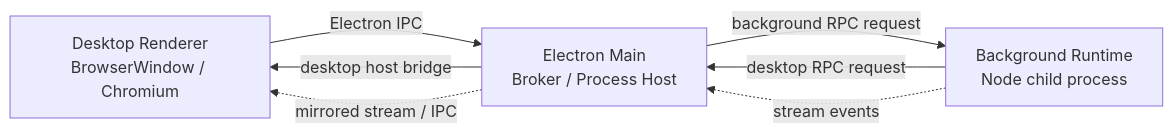
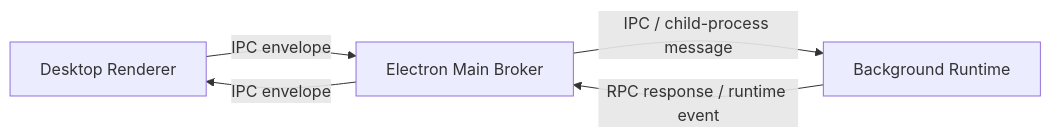
One commit to ItsJiran/Ace changed the diagram in docs-files/IPC_RPC_ARCHITECTURE.md. Above: the diagram before and after it, drawn with Mermaid. The commit also changed other lines of this file and 28 other files, not shown here.

First line of the commit message:
feat: Implement RPC engine and cross-runtime event handling

````diff
--- a/docs-files/IPC_RPC_ARCHITECTURE.md
+++ b/docs-files/IPC_RPC_ARCHITECTURE.md
@@ -39,9 +51,7 @@
 ```mermaid
 flowchart LR
-   R[Desktop Renderer\nBrowserWindow / Chromium] -->|Electron IPC| M[Electron Main\nBroker / Process Host]
-   M -->|background RPC request| B[Background Runtime\nNode child process]
-   B -->|desktop RPC request| M
-   M -->|desktop host bridge| R
-   B -. stream events .-> M
-   M -. mirrored stream / IPC .-> R
+   D[Desktop Renderer] -->|IPC envelope| M[Electron Main Broker]
+   M -->|IPC / child-process message| B[Background Runtime]
+   B -->|RPC response / runtime event| M
+   M -->|IPC envelope| D
 ```
````
